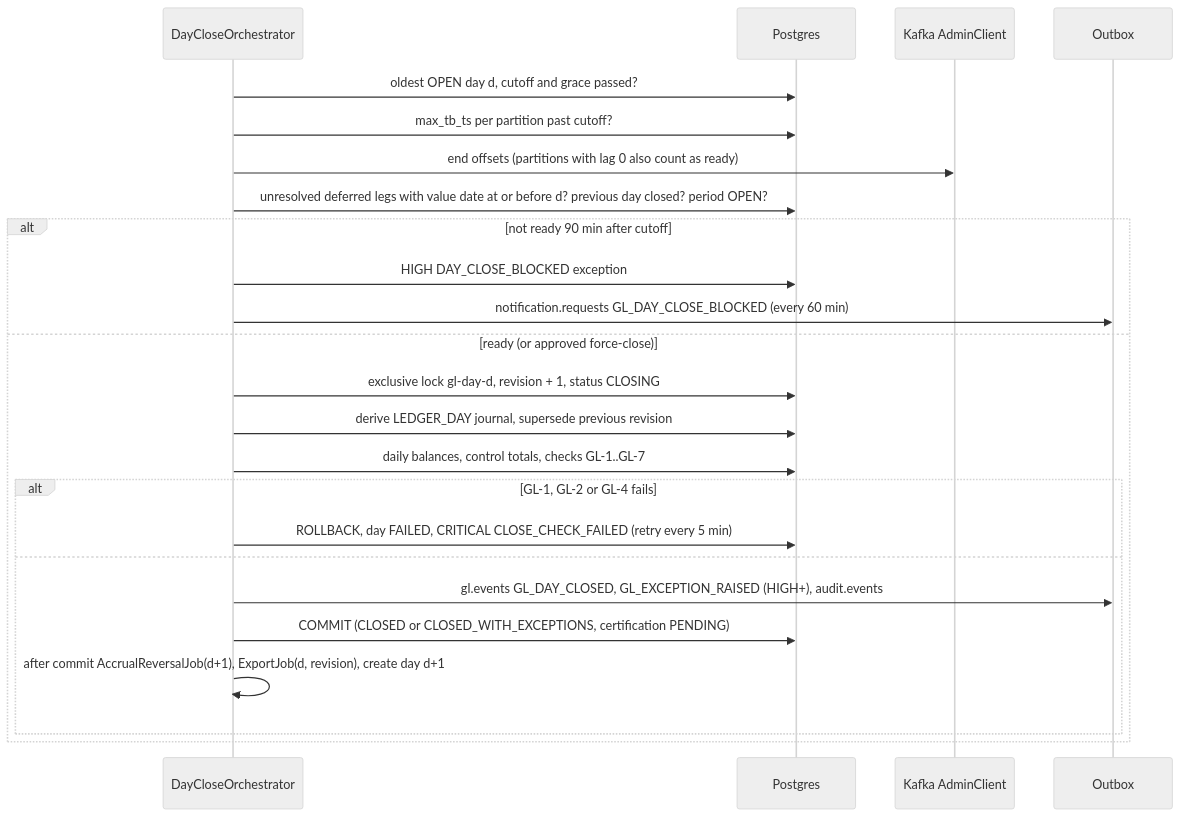
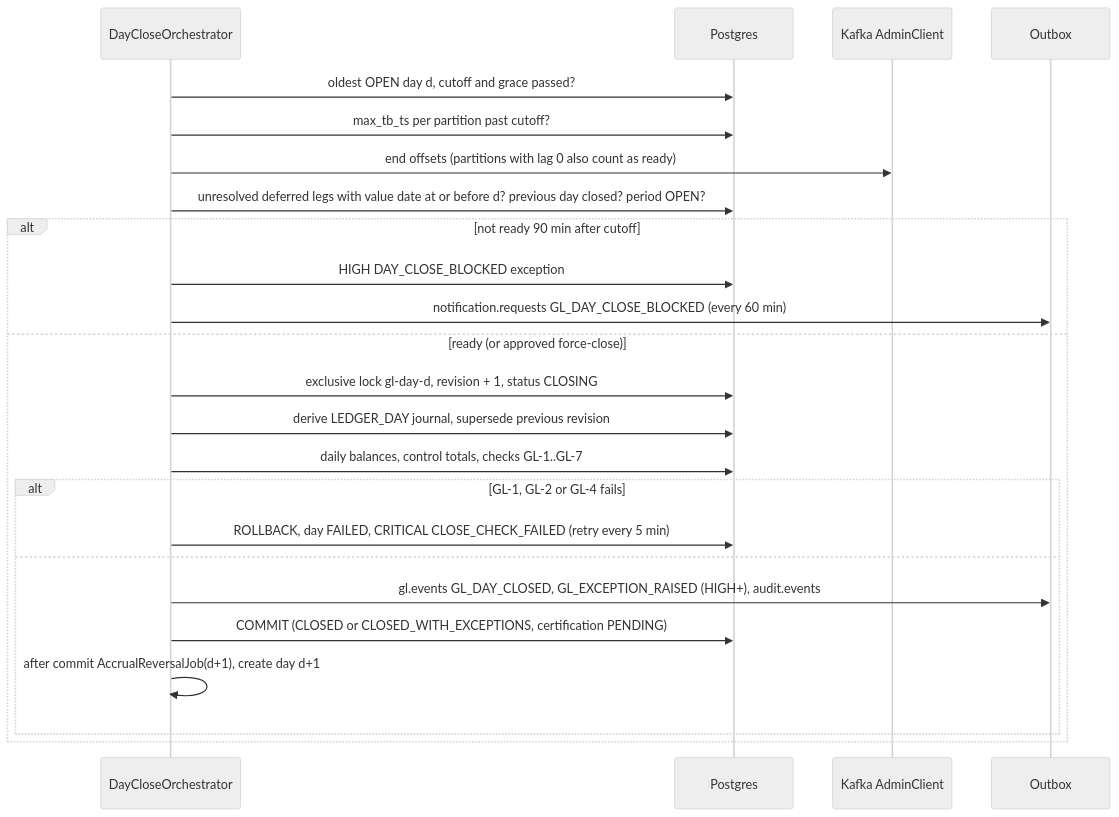
Before and after one commit to anarefin/bitspay-core: the fourth of 15 diagrams in services/general-ledger-service/docs/SPEC.md, drawn with Mermaid (neutral theme). The commit also changed other lines of this file and 591 other files, not shown here.

````diff
--- a/services/general-ledger-service/docs/SPEC.md
+++ b/services/general-ledger-service/docs/SPEC.md
@@ -300,26 +301,26 @@
 ```mermaid
 sequenceDiagram
   participant J as DayCloseOrchestrator
   participant DB as Postgres
   participant KA as Kafka AdminClient
   participant O as Outbox
   J->>DB: oldest OPEN day d, cutoff and grace passed?
   J->>DB: max_tb_ts per partition past cutoff?
   J->>KA: end offsets (partitions with lag 0 also count as ready)
   J->>DB: unresolved deferred legs with value date at or before d? previous day closed? period OPEN?
   alt not ready 90 min after cutoff
     J->>DB: HIGH DAY_CLOSE_BLOCKED exception
     J->>O: notification.requests GL_DAY_CLOSE_BLOCKED (every 60 min)
   else ready (or approved force-close)
     J->>DB: exclusive lock gl-day-d, revision + 1, status CLOSING
     J->>DB: derive LEDGER_DAY journal, supersede previous revision
     J->>DB: daily balances, control totals, checks GL-1..GL-7
     alt GL-1, GL-2 or GL-4 fails
       J->>DB: ROLLBACK, day FAILED, CRITICAL CLOSE_CHECK_FAILED (retry every 5 min)
     else
       J->>O: gl.events GL_DAY_CLOSED, GL_EXCEPTION_RAISED (HIGH+), audit.events
       J->>DB: COMMIT (CLOSED or CLOSED_WITH_EXCEPTIONS, certification PENDING)
-      J->>J: after commit AccrualReversalJob(d+1), ExportJob(d, revision), create day d+1
+      J->>J: after commit AccrualReversalJob(d+1), create day d+1
     end
   end
 ```
````
